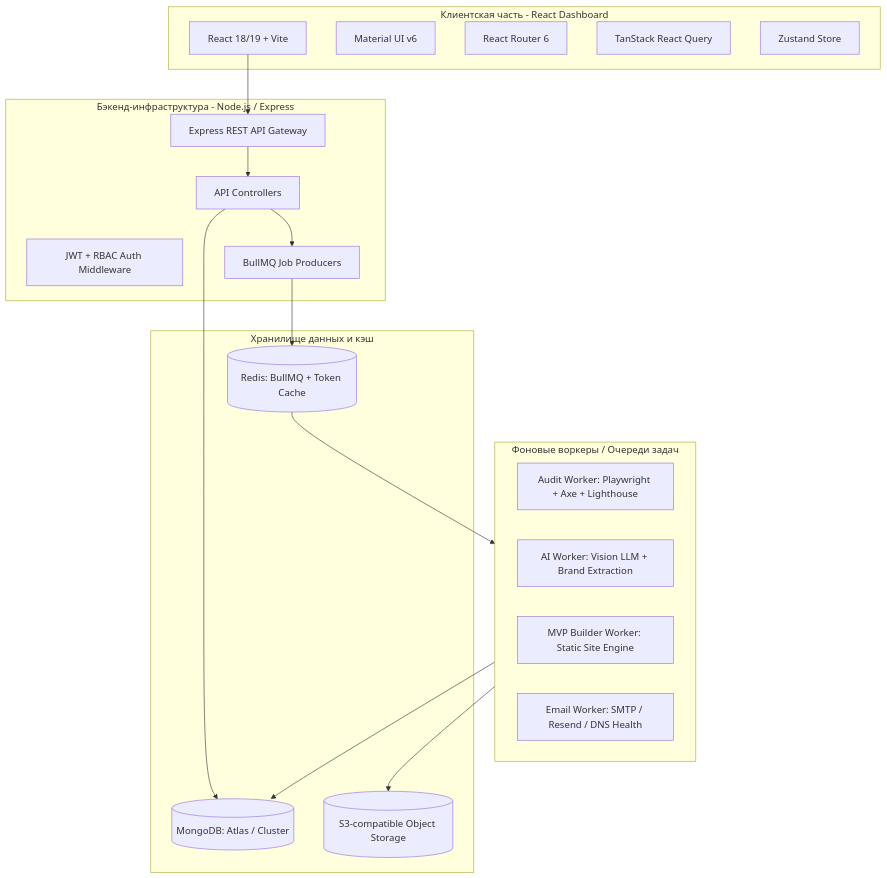
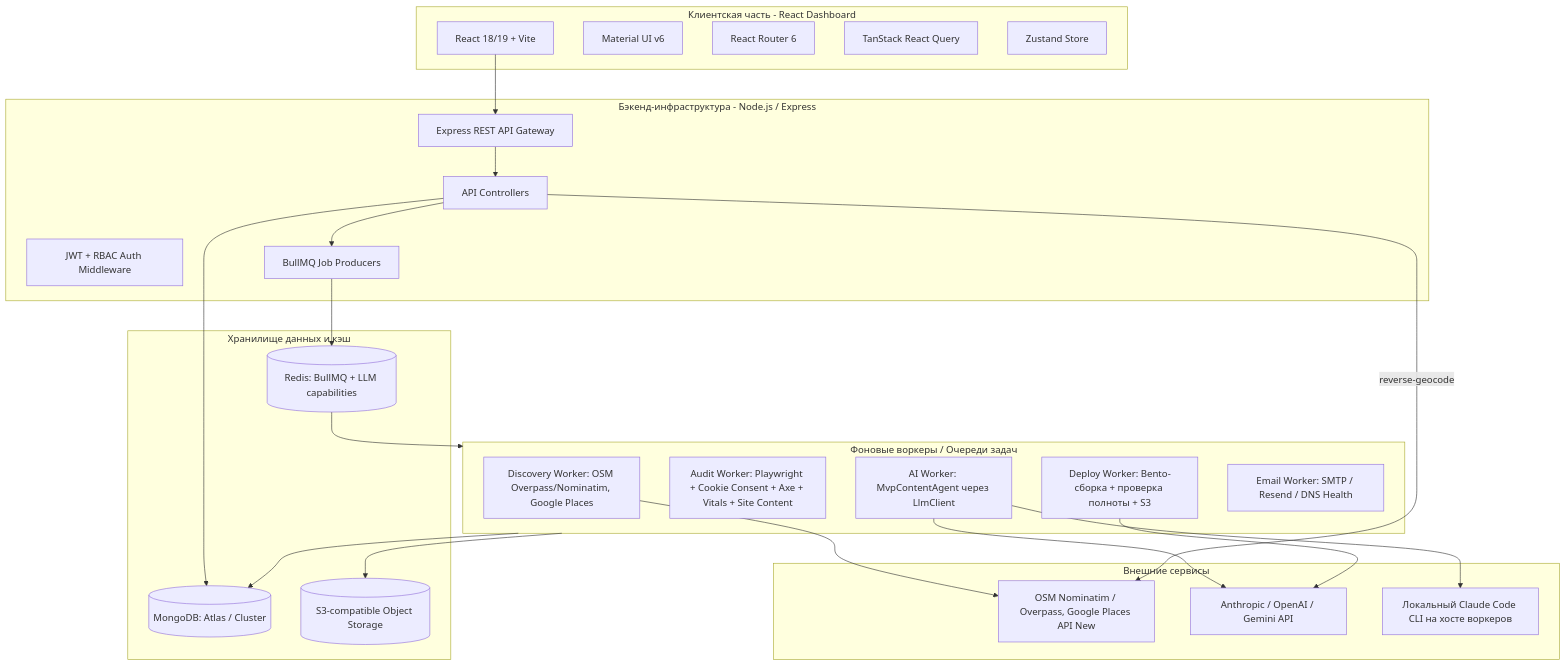
The second of 10 diagrams in blueprint.md (yurykurouski/revamp-docs), drawn with Mermaid before and after one commit. The commit also changed other lines of this file and 6 other files, not shown here.

````diff
--- a/blueprint.md
+++ b/blueprint.md
@@ -27,39 +29,51 @@
 ```mermaid
 graph TB
     subgraph Frontend [Клиентская часть - React Dashboard]
         UI[React 18/19 + Vite]
         MUI[Material UI v6]
         Router[React Router 6]
         Query[TanStack React Query]
         State[Zustand Store]
     end
 
     subgraph API [Бэкенд-инфраструктура - Node.js / Express]
         Gateway[Express REST API Gateway]
         Auth[JWT + RBAC Auth Middleware]
         Controllers[API Controllers]
         Queues[BullMQ Job Producers]
     end
 
     subgraph Workers [Фоновые воркеры / Очереди задач]
-        W_Audit[Audit Worker: Playwright + Axe + Lighthouse]
-        W_AI[AI Worker: Vision LLM + Brand Extraction]
-        W_Gen[MVP Builder Worker: Static Site Engine]
+        W_Disc[Discovery Worker: OSM Overpass/Nominatim, Google Places]
+        W_Audit[Audit Worker: Playwright + Cookie Consent + Axe + Vitals + Site Content]
+        W_AI[AI Worker: MvpContentAgent через LlmClient]
+        W_Gen[Deploy Worker: Bento-сборка + проверка полноты + S3]
         W_Mail[Email Worker: SMTP / Resend / DNS Health]
     end
 
     subgraph Data [Хранилище данных и кэш]
         Mongo[(MongoDB: Atlas / Cluster)]
-        Redis[(Redis: BullMQ + Token Cache)]
+        Redis[(Redis: BullMQ + LLM capabilities)]
         S3[(S3-compatible Object Storage)]
+    end
+
+    subgraph External [Внешние сервисы]
+        Maps[OSM Nominatim / Overpass, Google Places API New]
+        LLM[Anthropic / OpenAI / Gemini API]
+        CLI[Локальный Claude Code CLI на хосте воркеров]
     end
 
     UI --> Gateway
     Gateway --> Controllers
     Controllers --> Queues
     Queues --> Redis
     Redis --> Workers
     Workers --> Mongo
     Workers --> S3
     Controllers --> Mongo
+    W_Disc --> Maps
+    W_AI --> LLM
+    W_AI --> CLI
+    W_Gen --> LLM
+    Controllers -->|reverse-geocode| Maps
 ```
````
